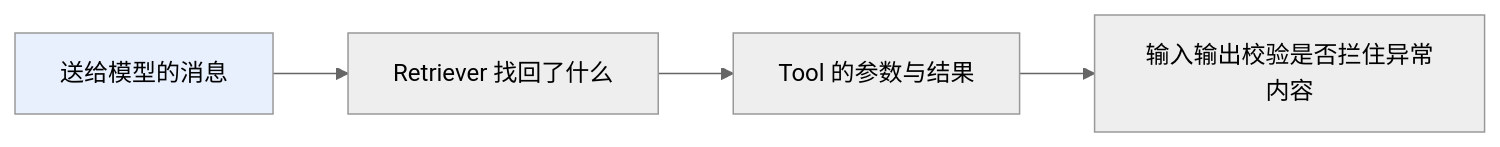
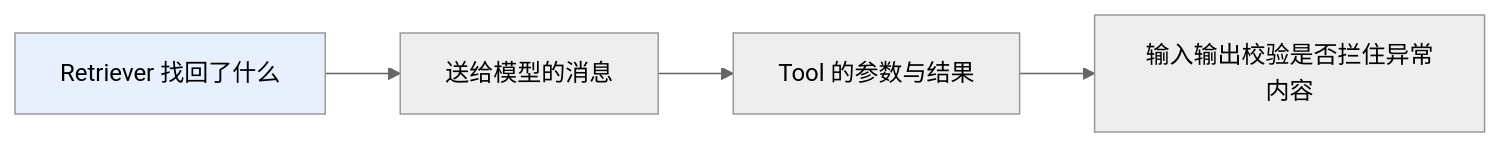
One commit to oneleaveknowsthefall/awesome-ai-roadmap changed the second of 2 diagrams in docs/frameworks/01-langchain/03-ecosystem/08-langchain4j.md. Above: the diagram before and after it, drawn with Mermaid (neutral theme). The commit also changed other lines of this file and 27 other files, not shown here.

````diff
--- a/docs/frameworks/01-langchain/03-ecosystem/08-langchain4j.md
+++ b/docs/frameworks/01-langchain/03-ecosystem/08-langchain4j.md
@@ -221,6 +233,6 @@
 ```mermaid
 flowchart LR
-    A["送给模型的消息"] --> B["Retriever 找回了什么"] --> C["Tool 的参数与结果"] --> D["输入输出校验是否拦住异常内容"]
+    A["Retriever 找回了什么"] --> B["送给模型的消息"] --> C["Tool 的参数与结果"] --> D["输入输出校验是否拦住异常内容"]
 
     style A fill:#e8f0fe
 ```
````
